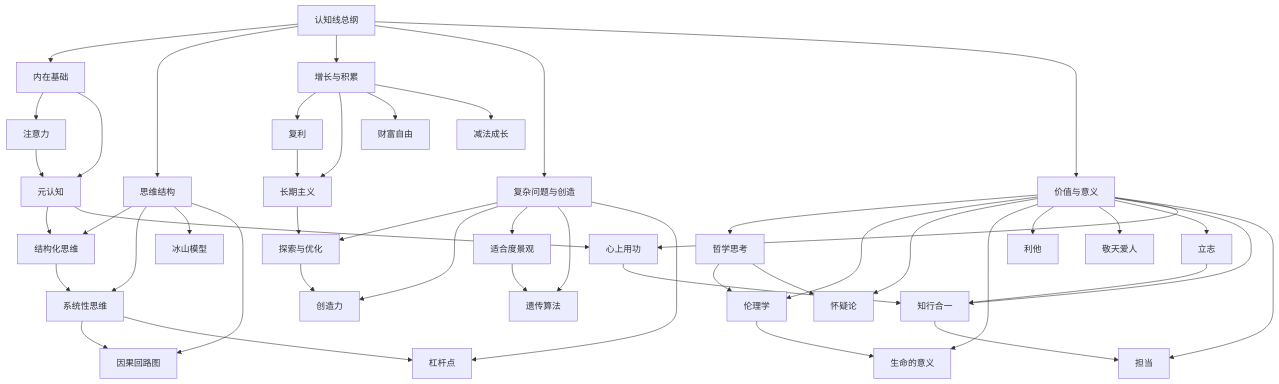
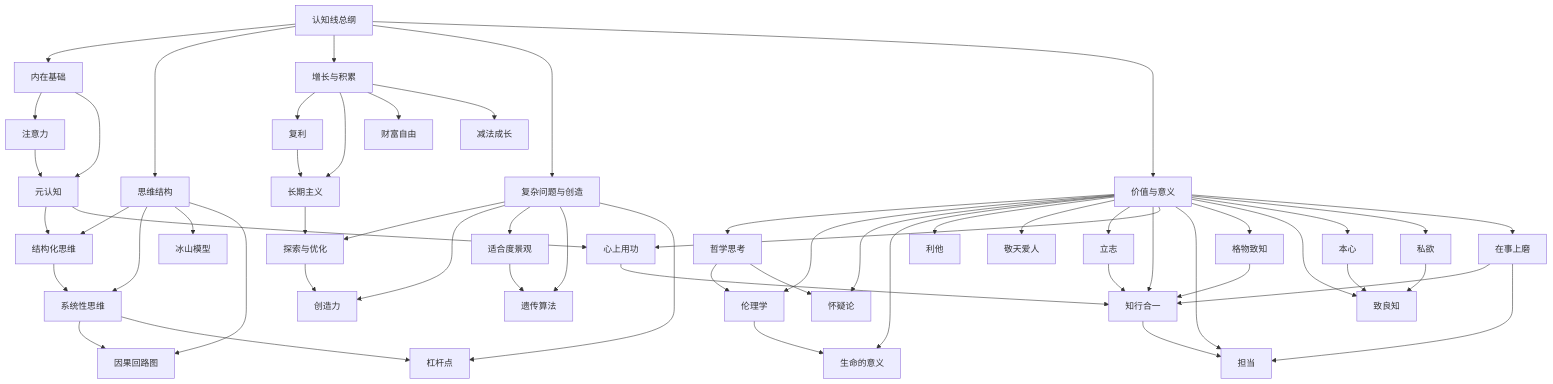
One commit to zhuguang-ZFG/reading changed the diagram in 01_INDEX/认知线总纲.md. Above: the diagram before and after it, drawn with Mermaid. The commit also changed other lines of this file and 7 other files, not shown here.

````diff
--- a/01_INDEX/认知线总纲.md
+++ b/01_INDEX/认知线总纲.md
@@ -23,57 +23,67 @@
 ```mermaid
 flowchart TD
     A[认知线总纲]
 
     A --> B[内在基础]
     A --> C[思维结构]
     A --> D[增长与积累]
     A --> E[复杂问题与创造]
     A --> F[价值与意义]
 
     B --> B1[注意力]
     B --> B2[元认知]
 
     C --> C1[结构化思维]
     C --> C2[系统性思维]
     C --> C3[冰山模型]
     C --> C4[因果回路图]
 
     D --> D1[复利]
     D --> D2[长期主义]
     D --> D3[财富自由]
     D --> D4[减法成长]
 
     E --> E1[探索与优化]
     E --> E2[创造力]
     E --> E3[适合度景观]
     E --> E4[遗传算法]
     E --> E5[杠杆点]
 
     F --> F1[哲学思考]
     F --> F2[伦理学]
     F --> F3[怀疑论]
     F --> F4[生命的意义]
     F --> F5[利他]
     F --> F6[敬天爱人]
     F --> F7[立志]
     F --> F8[知行合一]
     F --> F9[心上用功]
     F --> F10[担当]
+    F --> F11[格物致知]
+    F --> F12[致良知]
+    F --> F13[本心]
+    F --> F14[私欲]
+    F --> F15[在事上磨]
 
     B1 --> B2
     B2 --> C1
     C1 --> C2
     C2 --> C4
     D1 --> D2
     B2 --> F9
     D2 --> E1
     E1 --> E2
     E3 --> E4
     C2 --> E5
     F1 --> F2
     F1 --> F3
     F2 --> F4
     F7 --> F8
     F9 --> F8
     F8 --> F10
+    F13 --> F12
+    F14 --> F12
+    F11 --> F8
+    F15 --> F8
+    F15 --> F10
 ```
````
